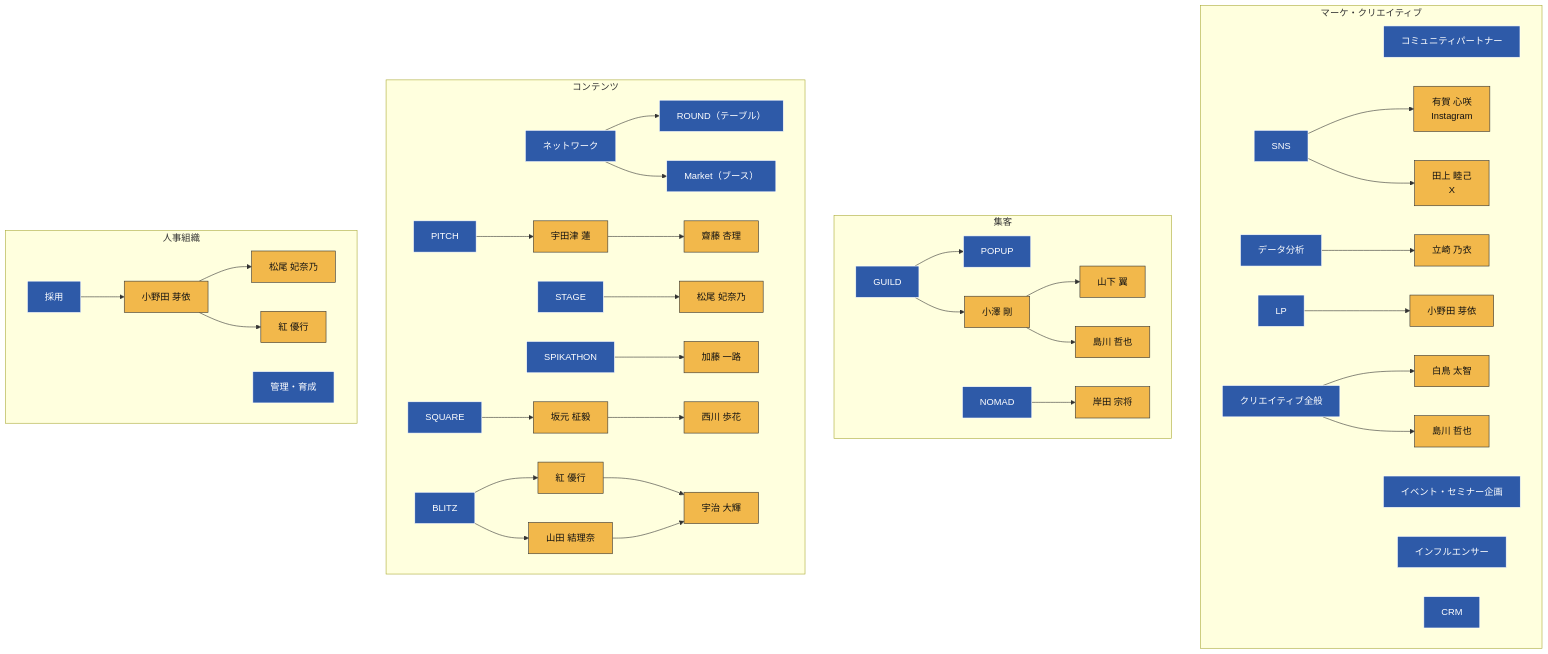
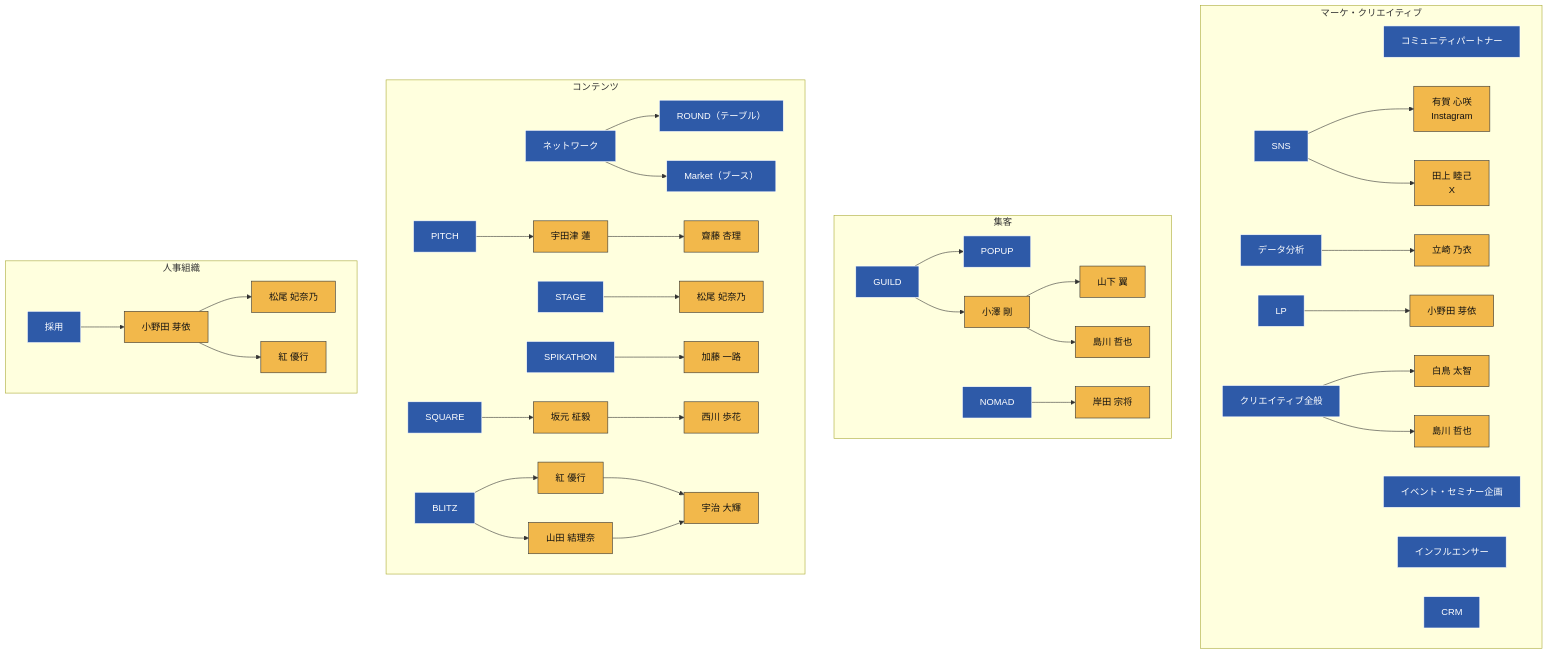
One commit to liofval/spikes_hr changed the second of 2 diagrams in spikes-org-chart.md. Above: the diagram before and after it, drawn with Mermaid. The commit also changed 1 other file, not shown here.

Commit message:
担当者マップ: 「管理・育成」ノードを削除

````diff
--- a/spikes-org-chart.md
+++ b/spikes-org-chart.md
@@ -70,64 +70,63 @@
 ```mermaid
 graph TD
     subgraph SG_MC ["マーケ・クリエイティブ"]
       CP[コミュニティパートナー]
       SNS[SNS]
       DATA[データ分析]
       EV[イベント・セミナー企画]
       INF[インフルエンサー]
       LP[LP]
       CRM[CRM]
       CREATIVE[クリエイティブ全般]
       SNS --> Aruga2[有賀 心咲<br/>Instagram]
       SNS --> Tagami2[田上 睦己<br/>X]
       DATA --> Tatsuzaki2[立崎 乃衣]
       LP --> Onoda3[小野田 芽依]
       CREATIVE --> Shiratori2[白鳥 太智]
       CREATIVE --> Shimakawa3[島川 哲也]
     end
 
     subgraph SG_PROMO ["集客"]
       GUILD[GUILD]
       NOMAD[NOMAD]
       GUILD --> POPUP[POPUP]
       GUILD --> Ozawa2[小澤 剛]
       Ozawa2 --> Yamashita2[山下 翼]
       Ozawa2 --> Shimakawa2[島川 哲也]
       NOMAD --> Kishida2[岸田 宗将]
     end
 
     subgraph SG_CONT ["コンテンツ"]
       PITCH[PITCH]
       STAGE[STAGE]
       SPIKATHON[SPIKATHON]
       SQUARE[SQUARE]
       BLITZ[BLITZ]
       NW[ネットワーク]
       NW --> ROUND["ROUND（テーブル）"]
       NW --> MARKET["Market（ブース）"]
 
       PITCH --> Udatsu2[宇田津 蓮]
       Udatsu2 --> Saito2[齋藤 杏理]
       STAGE --> Matsuo2[松尾 妃奈乃]
       SPIKATHON --> Kato2[加藤 一路]
       SQUARE --> Sakamoto2[坂元 柾毅]
       Sakamoto2 --> Nishikawa2[西川 歩花]
       BLITZ --> Kurenai2[紅 優行]
       BLITZ --> Yamada2[山田 結理奈]
       Kurenai2 --> Uji2[宇治 大輝]
       Yamada2 --> Uji2
     end
 
     subgraph SG_HR ["人事組織"]
       RECRUIT[採用]
-      GROW[管理・育成]
       RECRUIT --> Onoda2[小野田 芽依]
       Onoda2 --> Matsuo3[松尾 妃奈乃]
       Onoda2 --> Kurenai3[紅 優行]
     end
 
     classDef role fill:#2e5aa8,stroke:#fff,color:#fff;
     classDef person fill:#f2b84b,stroke:#333,color:#111;
-    class CP,SNS,DATA,EV,INF,LP,CRM,GUILD,NOMAD,CREATIVE,PITCH,STAGE,SPIKATHON,NW,SQUARE,BLITZ,ROUND,MARKET,POPUP,RECRUIT,GROW role;
+    class CP,SNS,DATA,EV,INF,LP,CRM,GUILD,NOMAD,CREATIVE,PITCH,STAGE,SPIKATHON,NW,SQUARE,BLITZ,ROUND,MARKET,POPUP,RECRUIT role;
     class Aruga2,Tagami2,Tatsuzaki2,Ozawa2,Yamashita2,Shimakawa2,Shimakawa3,Kishida2,Shiratori2,Udatsu2,Saito2,Matsuo2,Matsuo3,Kato2,Sakamoto2,Nishikawa2,Kurenai2,Kurenai3,Yamada2,Onoda2,Onoda3,Uji2 person;
 ```
````
